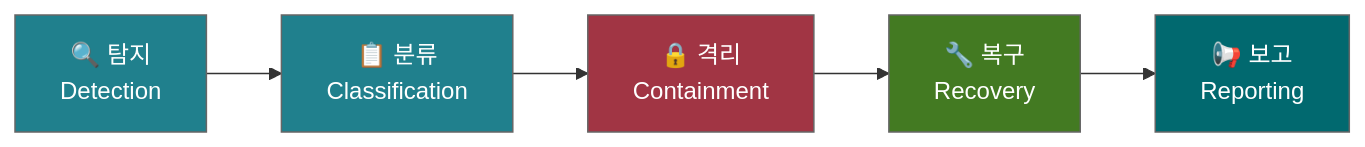
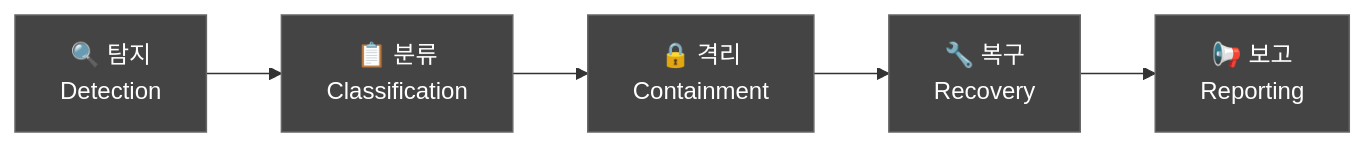
Before and after one commit to holee9/console-gui: the third of 3 diagrams in docs/regulatory/DOC-036_510k_eSTAR_v2.0.md, drawn with Mermaid. The commit also changed other lines of this file and 35 other files, not shown here.

First line of the commit message:
fix: 전체 Mermaid 차트 색상 진한 회색 통일

````diff
--- a/docs/regulatory/DOC-036_510k_eSTAR_v2.0.md
+++ b/docs/regulatory/DOC-036_510k_eSTAR_v2.0.md
@@ -154,14 +154,14 @@
 ```mermaid
 flowchart LR
     A[🔍 탐지<br/>Detection] --> B[📋 분류<br/>Classification]
     B --> C[🔒 격리<br/>Containment]
     C --> D[🔧 복구<br/>Recovery]
     D --> E[📢 보고<br/>Reporting]
 
     classDef default fill:#444,stroke:#666,color:#fff
-    style A fill:#20808D,color:#fff
-    style B fill:#20808D,color:#fff
-    style C fill:#A13544,color:#fff
-    style D fill:#437A22,color:#fff
-    style E fill:#01696F,color:#fff
+    style A fill:#444,color:#fff
+    style B fill:#444,color:#fff
+    style C fill:#444,color:#fff
+    style D fill:#444,color:#fff
+    style E fill:#444,color:#fff
 ```
````
